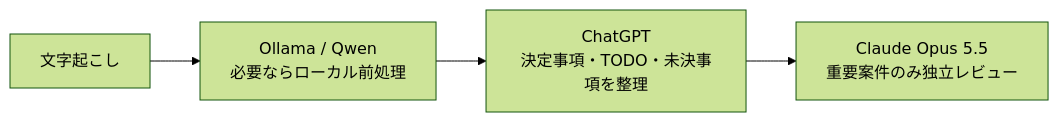
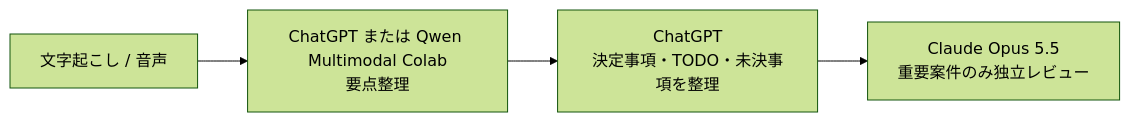
The diagram in docs/cookbook/01-meeting-minutes.md (moruku36/multi-ai-workflow), drawn with Mermaid (forest theme) before and after one commit. The commit also changed other lines of this file and 10 other files, not shown here.

First line of the commit message:
docs: replace local LLM workflow with Qwen Multimodal Colab

````diff
--- a/docs/cookbook/01-meeting-minutes.md
+++ b/docs/cookbook/01-meeting-minutes.md
@@ -9,6 +9,6 @@
 ```mermaid
 flowchart LR
-    A[文字起こし] --> B[Ollama / Qwen<br/>必要ならローカル前処理]
+    A[文字起こし / 音声] --> B[ChatGPT または Qwen Multimodal Colab<br/>要点整理]
     B --> C[ChatGPT<br/>決定事項・TODO・未決事項を整理]
     C --> D[Claude Opus 5.5<br/>重要案件のみ独立レビュー]
 ```
````
